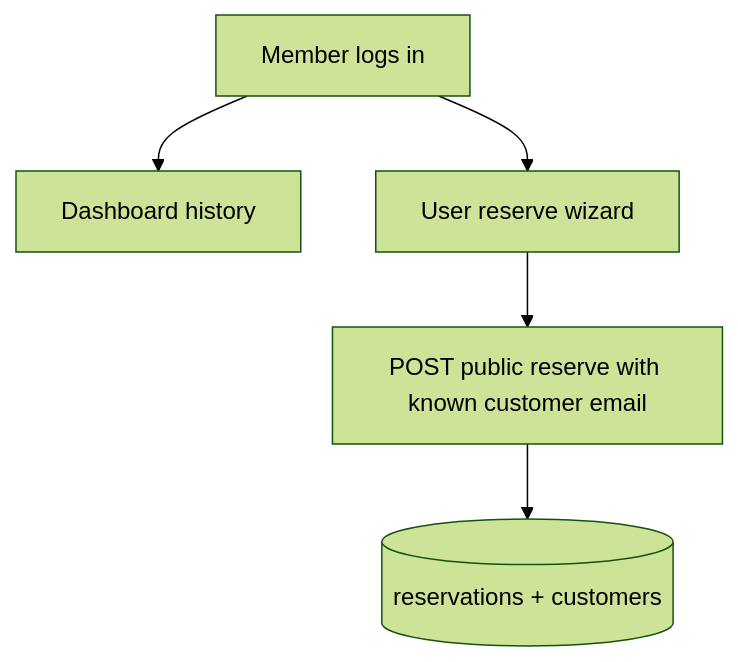
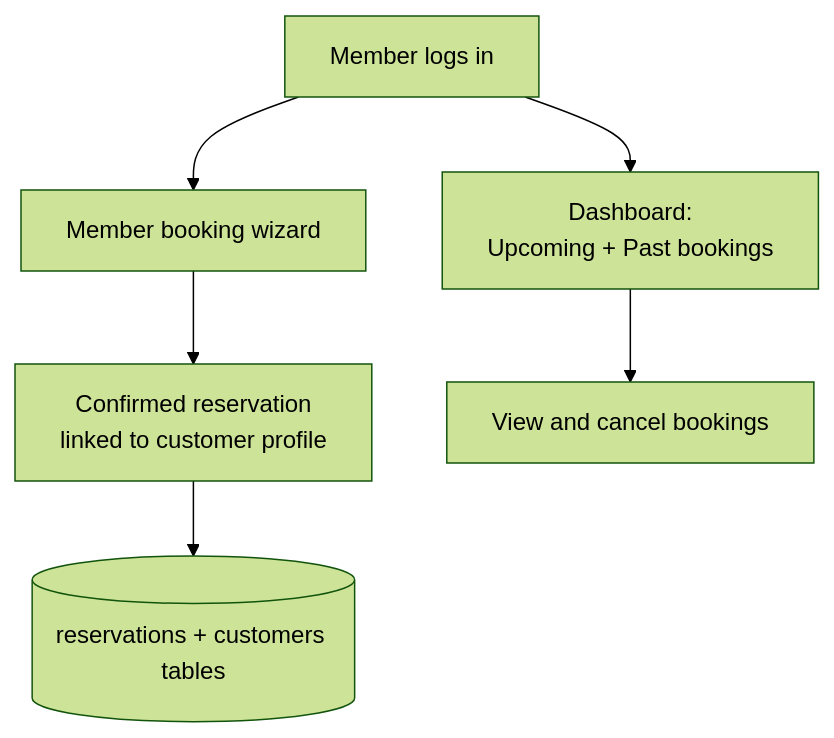
The fourth of 5 diagrams in docs/CLIENT_HANDOVER_CUSTOMER_AND_GUEST.md (pizn-01/dinely), drawn with Mermaid (forest theme) before and after one commit. The commit also changed other lines of this file and 2 other files, not shown here.

````diff
--- a/docs/CLIENT_HANDOVER_CUSTOMER_AND_GUEST.md
+++ b/docs/CLIENT_HANDOVER_CUSTOMER_AND_GUEST.md
@@ -118,8 +215,9 @@
 ```mermaid
 graph TD
   M[Member logs in]
-  M --> D[Dashboard history]
-  M --> U[User reserve wizard]
-  U --> P[POST public reserve with known customer email]
-  P --> DB[(reservations + customers)]
+  M --> D[Dashboard:\nUpcoming + Past bookings]
+  M --> U[Member booking wizard]
+  U --> P[Confirmed reservation\nlinked to customer profile]
+  P --> DB[(reservations + customers tables)]
+  D --> H[View and cancel bookings]
 ```
````
